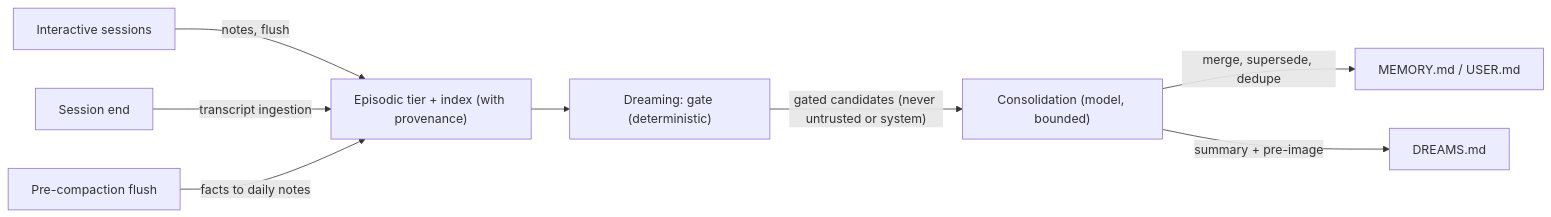
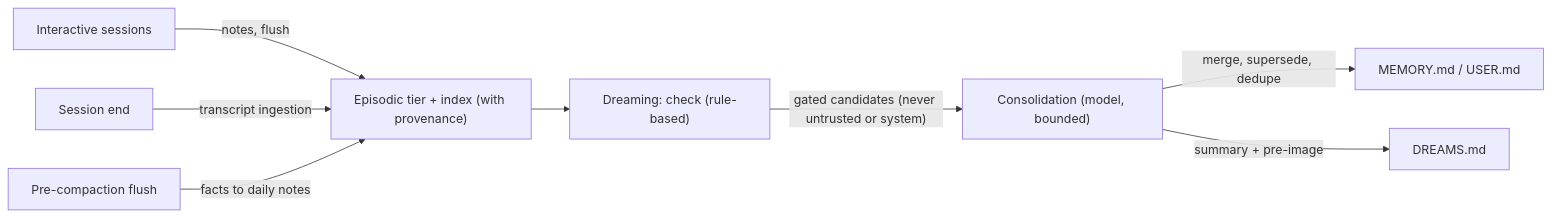
One commit to I24D/Lumina-Openclaw changed the diagram in docs/concepts/memory-architecture.md. Above: the diagram before and after it, drawn with Mermaid. The commit also changed other lines of this file and 43673 other files, not shown here.

````diff
--- a/docs/concepts/memory-architecture.md
+++ b/docs/concepts/memory-architecture.md
@@ -132,10 +141,10 @@
 ```mermaid
 flowchart LR
   A["Interactive sessions"] -->|notes, flush| E["Episodic tier + index (with provenance)"]
   B["Session end"] -->|transcript ingestion| E
   C["Pre-compaction flush"] -->|facts to daily notes| E
-  E --> G["Dreaming: gate (deterministic)"]
+  E --> G["Dreaming: check (rule-based)"]
   G -->|"gated candidates (never untrusted or system)"| L["Consolidation (model, bounded)"]
   L -->|"merge, supersede, dedupe"| M["MEMORY.md / USER.md"]
   L -->|summary + pre-image| D["DREAMS.md"]
 ```
````
